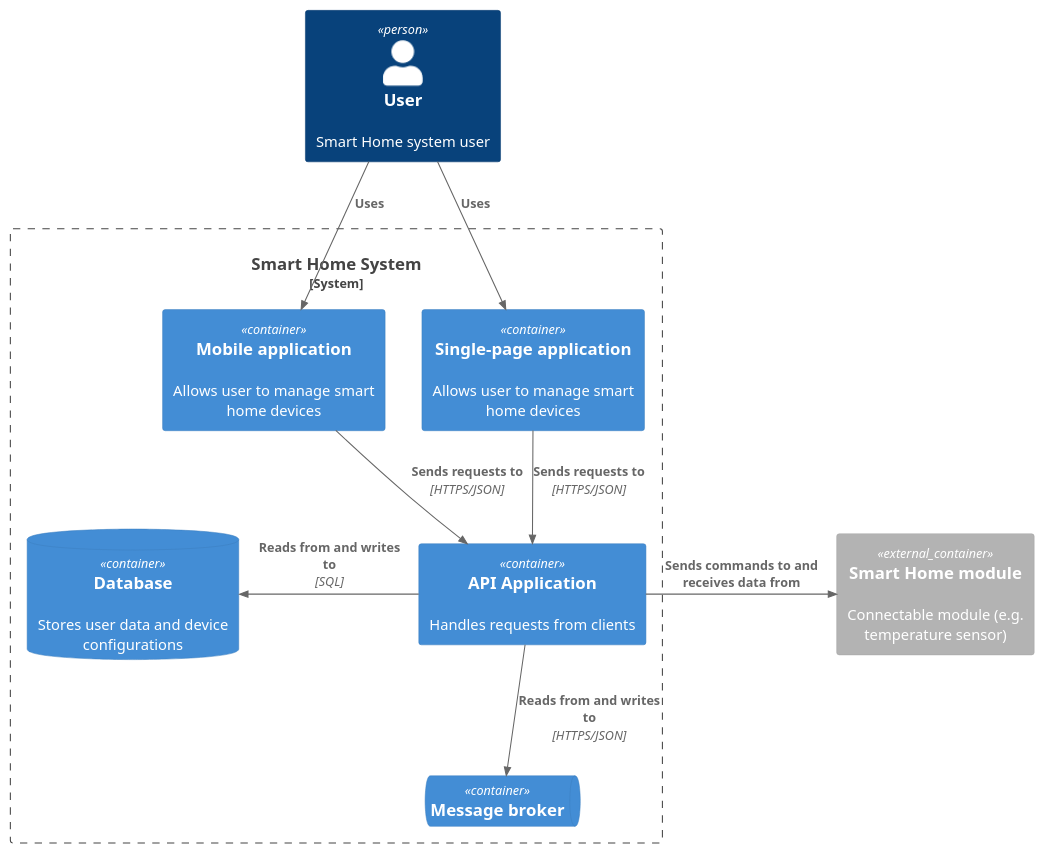
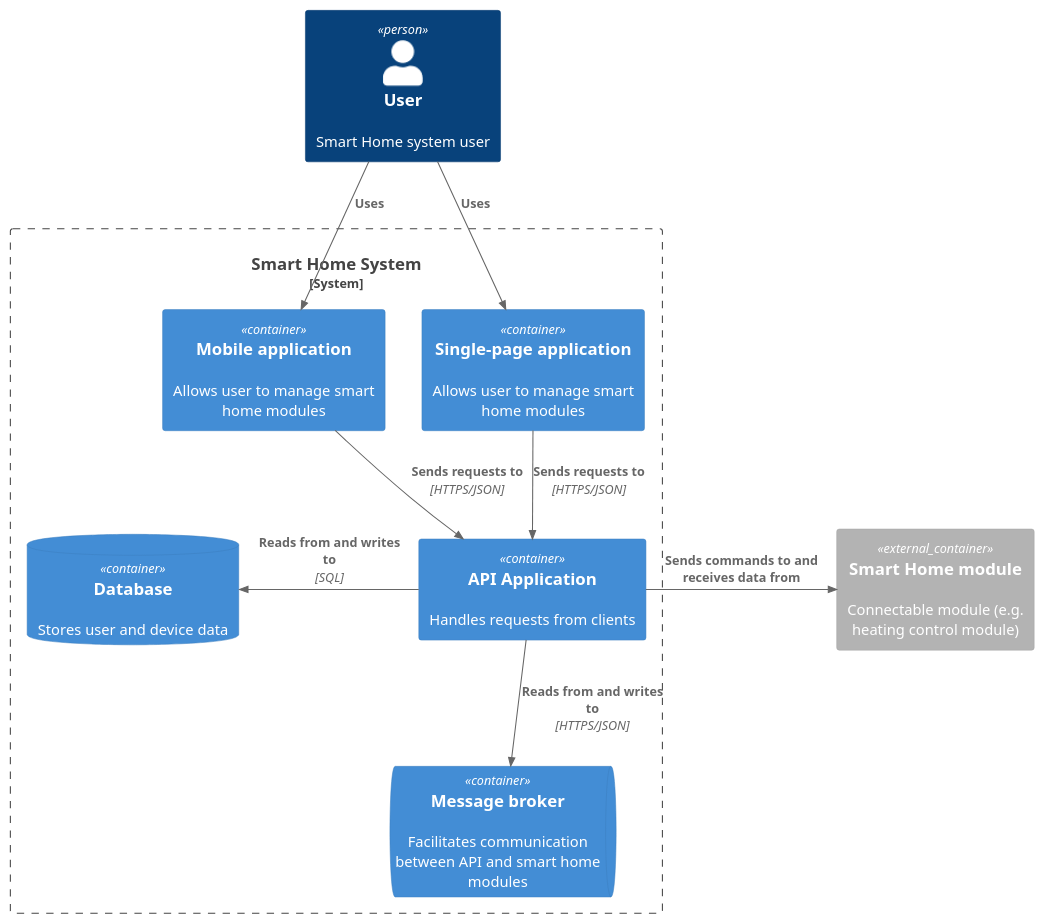
One commit to Madm1key/architecture-warmhouse changed the diagram in diagram/container/SmartHome_Container.puml. Above: the diagram before and after it, drawn with PlantUML. The commit also changed 1 other file, not shown here.

Commit message:
doc: обновлены диаграммы C4 для управления модулями умного дома

```diff
--- a/diagram/container/SmartHome_Container.puml
+++ b/diagram/container/SmartHome_Container.puml
@@ -1,26 +1,26 @@
 @startuml
 !include https://raw.githubusercontent.com/plantuml-stdlib/C4-PlantUML/master/C4_Container.puml
 
 Person(user, "User", "Smart Home system user")
 
 System_Boundary(s, "Smart Home System") {
-  Container(mobileApp, "Mobile application", $descr="Allows user to manage smart home devices")
-  Container(spa, "Single-page application", $descr="Allows user to manage smart home devices")
-  ContainerDb(db, "Database", $descr="Stores user data and device configurations")
-  ContainerQueue(broker, "Message broker", $descr="")
+  Container(mobileApp, "Mobile application", $descr="Allows user to manage smart home modules")
+  Container(spa, "Single-page application", $descr="Allows user to manage smart home modules")
   Container(api, "API Application", $descr="Handles requests from clients")
+
+  ContainerDb(db, "Database", $descr="Stores user and device data")
+  ContainerQueue(broker, "Message broker", $descr="Facilitates communication between API and smart home modules")
 }
-Container_Ext(module, "Smart Home module", $descr="Connectable module (e.g. temperature sensor)")
+
+Container_Ext(module, "Smart Home module", $descr="Connectable module (e.g. heating control module)")
 
 Rel(user, mobileApp, "Uses")
 Rel(user, spa, "Uses")
 
 Rel(mobileApp, api, "Sends requests to", "HTTPS/JSON")
 Rel(spa, api, "Sends requests to", "HTTPS/JSON")
 
 Rel_L(api, db, "Reads from and writes to", "SQL")
-
 Rel_D(api, broker, "Reads from and writes to", "HTTPS/JSON")
-
 Rel_R(api, module, "Sends commands to and receives data from")
 @enduml
```
